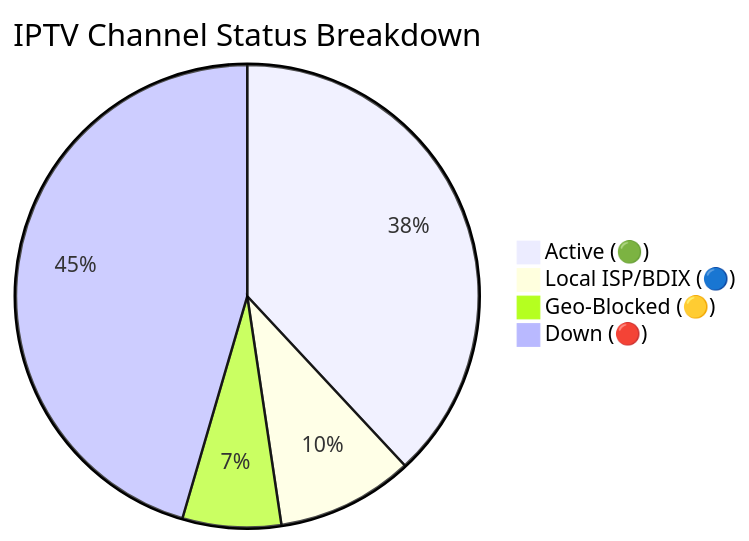
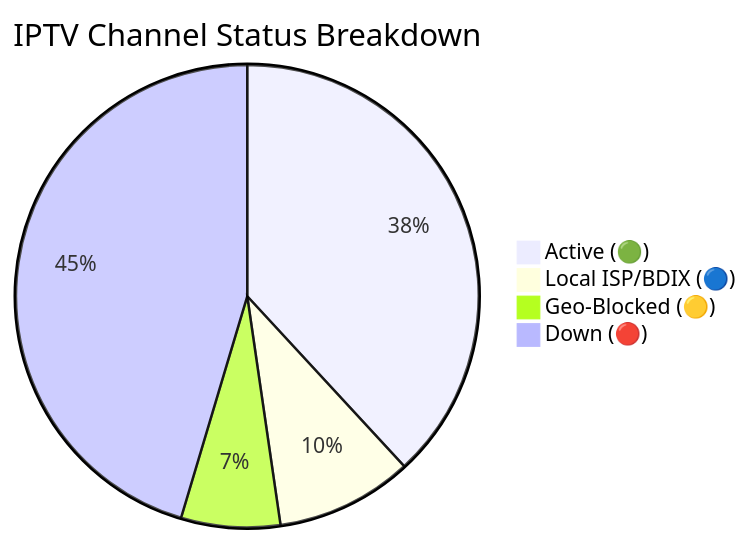
One commit to Zaman-Topu/Ip-tv-Collection changed the diagram in README.md. Above: the diagram before and after it, drawn with Mermaid. The commit also changed other lines of this file and 1 other file, not shown here.

Commit message:
docs(readme): auto-update daily channel status chart

````diff
--- a/README.md
+++ b/README.md
@@ -59,7 +59,7 @@
 ```mermaid
 pie title IPTV Channel Status Breakdown
-    "Active (🟢)" : 3052
+    "Active (🟢)" : 3057
     "Local ISP/BDIX (🔵)" : 767
-    "Geo-Blocked (🟡)" : 552
-    "Down (🔴)" : 3646
+    "Geo-Blocked (🟡)" : 555
+    "Down (🔴)" : 3638
 ```
````
